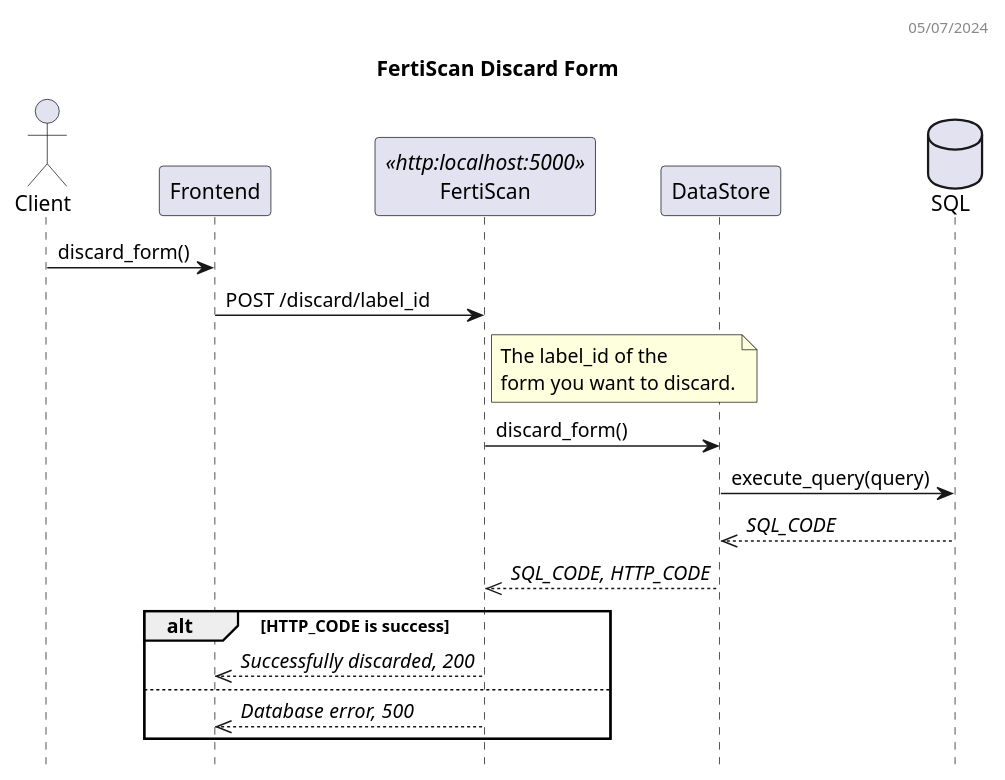
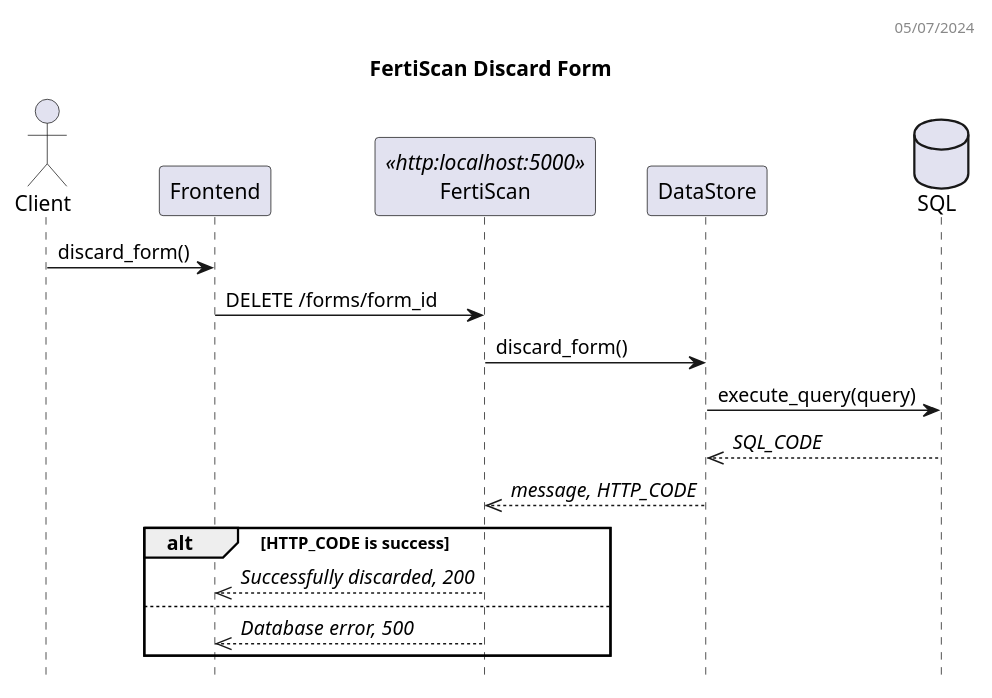
Before and after one commit to ai-cfia/fertiscan-backend: the diagram in docs/discard_dss.puml, drawn with PlantUML. The commit also changed 10 other files, not shown here.

```diff
--- a/docs/discard_dss.puml
+++ b/docs/discard_dss.puml
@@ -1,30 +1,26 @@
 @startuml FertiScan Sequence Diagram
 header 05/07/2024
 
 title FertiScan Discard Form
 hide empty members
 hide footbox
 
 actor "Client" as C
 participant Frontend as FE
 participant FertiScan as BE <<http:localhost:5000>>
 participant DataStore as DS
 database SQL as DB
 
 C -> FE: discard_form()
-FE -> BE: POST /discard/label_id
-note right BE
-  The label_id of the
-  form you want to discard.
-end note
+FE -> BE: DELETE /forms/form_id
 BE -> DS: discard_form() 
 DS -> DB: execute_query(query)
 DS <<-- DB: //SQL_CODE//
-BE <<-- DS: //SQL_CODE, HTTP_CODE//
+BE <<-- DS: //message, HTTP_CODE//
 alt HTTP_CODE is success
   FE <<-- BE: //Successfully discarded, 200//
 else
   FE <<-- BE: //Database error, 500//
 end
 
 @enduml
```
